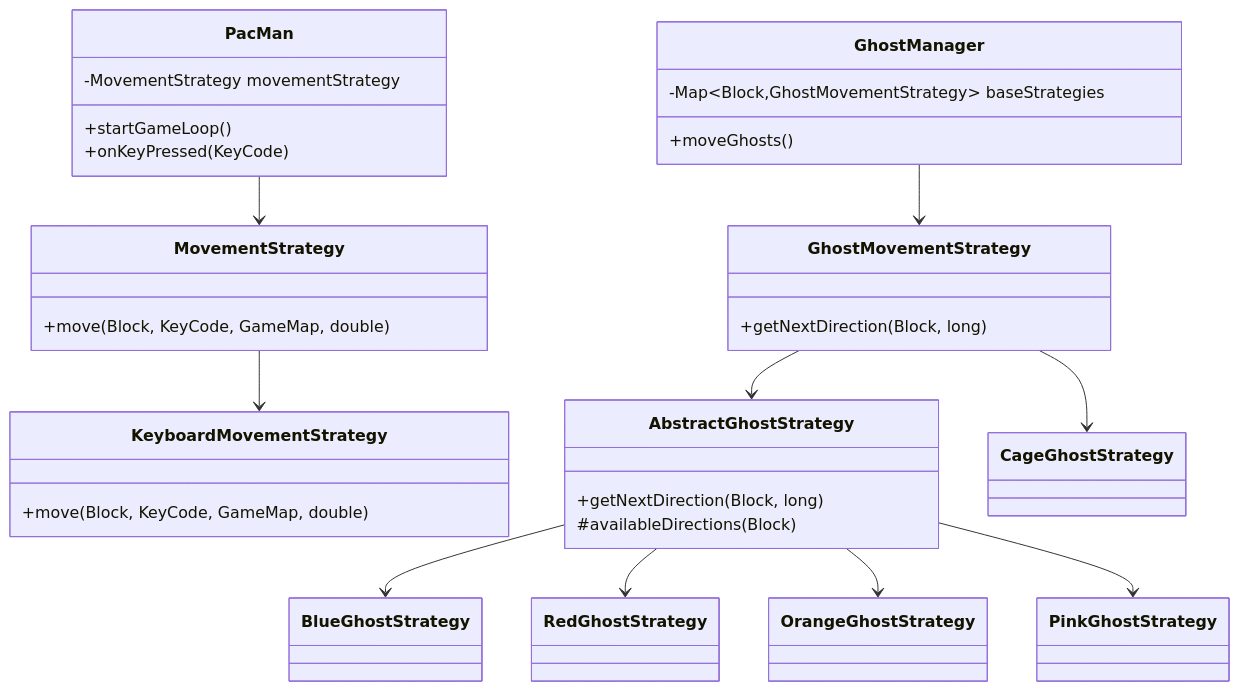
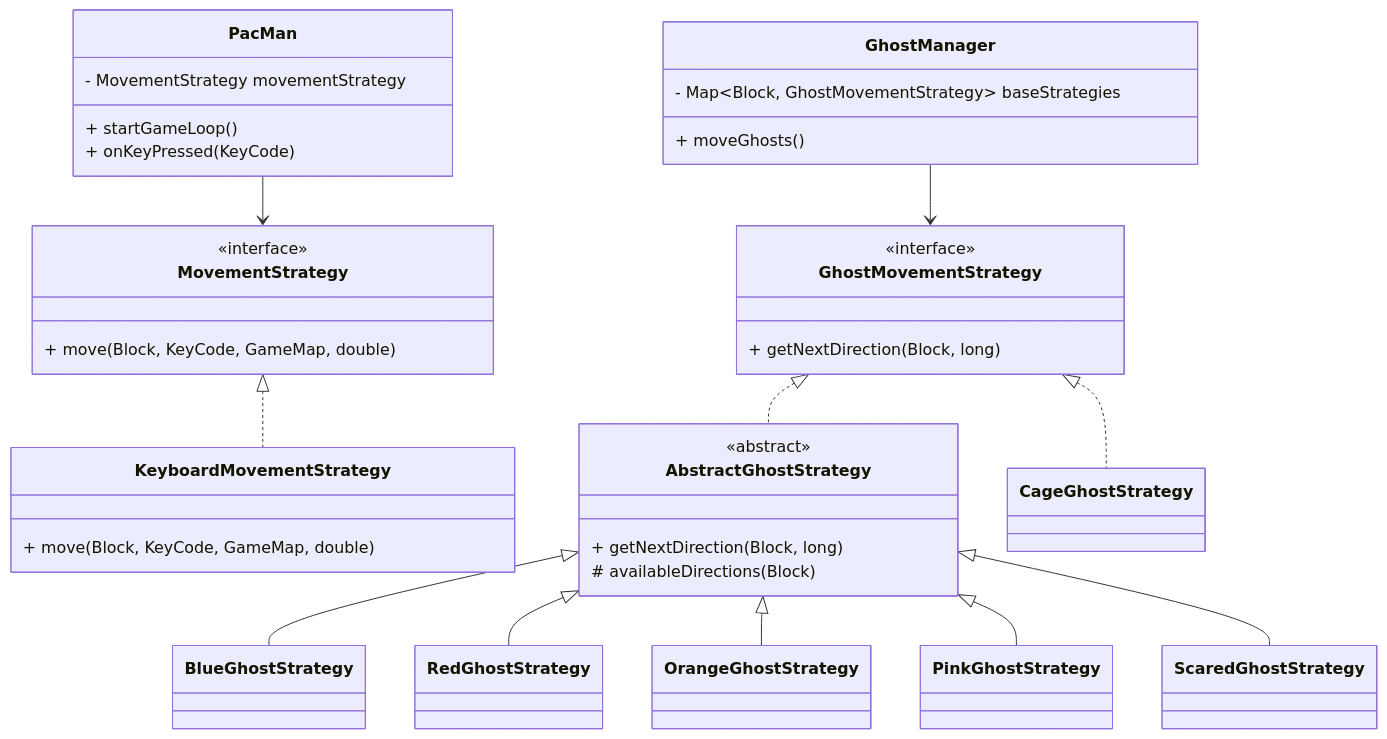
The third of 5 diagrams in Readme.md (AlecUnibo/pss24-25-PacMan2.0-Zenobi-Cacchi-Tassinari-), drawn with Mermaid before and after one commit. The commit also changed 2 other files, not shown here.

Commit message:
Correzione schema UML

````diff
--- a/Readme.md
+++ b/Readme.md
@@ -188,45 +188,49 @@
 ```mermaid
 
 classDiagram
+    
     class PacMan {
-        -MovementStrategy movementStrategy
-        +startGameLoop()
-        +onKeyPressed(KeyCode)
+        - MovementStrategy movementStrategy
+        + startGameLoop()
+        + onKeyPressed(KeyCode)
     }
-
     class MovementStrategy {
-        +move(Block, KeyCode, GameMap, double)
+        <<interface>>
+        + move(Block, KeyCode, GameMap, double)
     }
     class KeyboardMovementStrategy {
-        +move(Block, KeyCode, GameMap, double)
+        + move(Block, KeyCode, GameMap, double)
     }
+    PacMan --> MovementStrategy
+    MovementStrategy <|.. KeyboardMovementStrategy
 
     class GhostManager {
-        -Map~Block,GhostMovementStrategy~ baseStrategies
-        +moveGhosts()
+        - Map~Block, GhostMovementStrategy~ baseStrategies
+        + moveGhosts()
     }
-
     class GhostMovementStrategy {
-        +getNextDirection(Block, long)
+        <<interface>>
+        + getNextDirection(Block, long)
     }
     class AbstractGhostStrategy {
-        +getNextDirection(Block, long)
-        #availableDirections(Block)
+        <<abstract>>
+        + getNextDirection(Block, long)
+        # availableDirections(Block)
     }
     class BlueGhostStrategy
     class RedGhostStrategy
     class OrangeGhostStrategy
     class PinkGhostStrategy
+    class ScaredGhostStrategy
     class CageGhostStrategy
 
-	PacMan --> MovementStrategy
-	MovementStrategy --> KeyboardMovementStrategy
-    GhostMovementStrategy --> AbstractGhostStrategy
-    AbstractGhostStrategy --> BlueGhostStrategy
-    AbstractGhostStrategy --> RedGhostStrategy
-    AbstractGhostStrategy --> OrangeGhostStrategy
-    AbstractGhostStrategy --> PinkGhostStrategy
-    GhostMovementStrategy --> CageGhostStrategy
     GhostManager --> GhostMovementStrategy
+    GhostMovementStrategy <|.. AbstractGhostStrategy
+    AbstractGhostStrategy <|-- BlueGhostStrategy
+    AbstractGhostStrategy <|-- RedGhostStrategy
+    AbstractGhostStrategy <|-- OrangeGhostStrategy
+    AbstractGhostStrategy <|-- PinkGhostStrategy
+    AbstractGhostStrategy <|-- ScaredGhostStrategy
+    GhostMovementStrategy <|.. CageGhostStrategy
 
 ```
````
